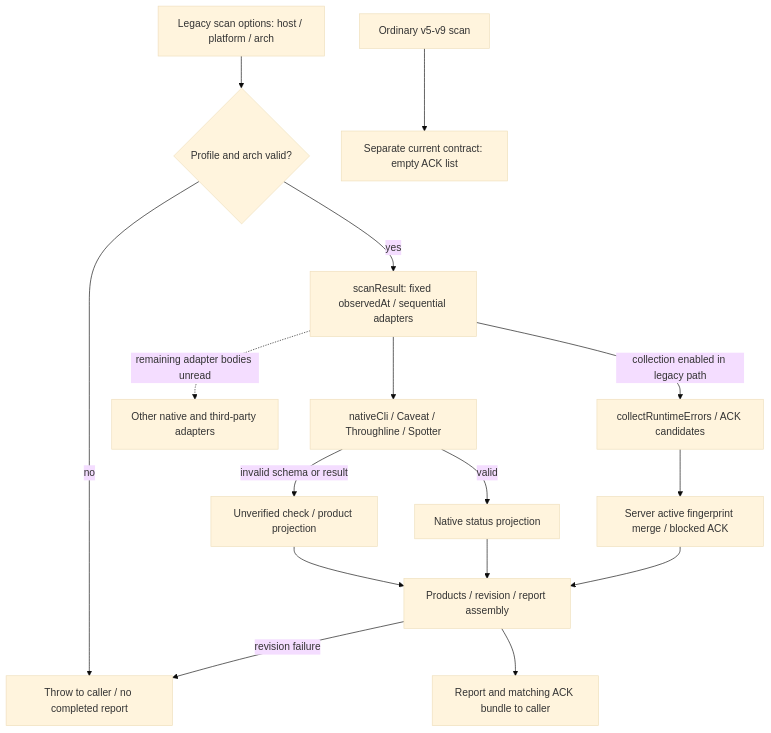
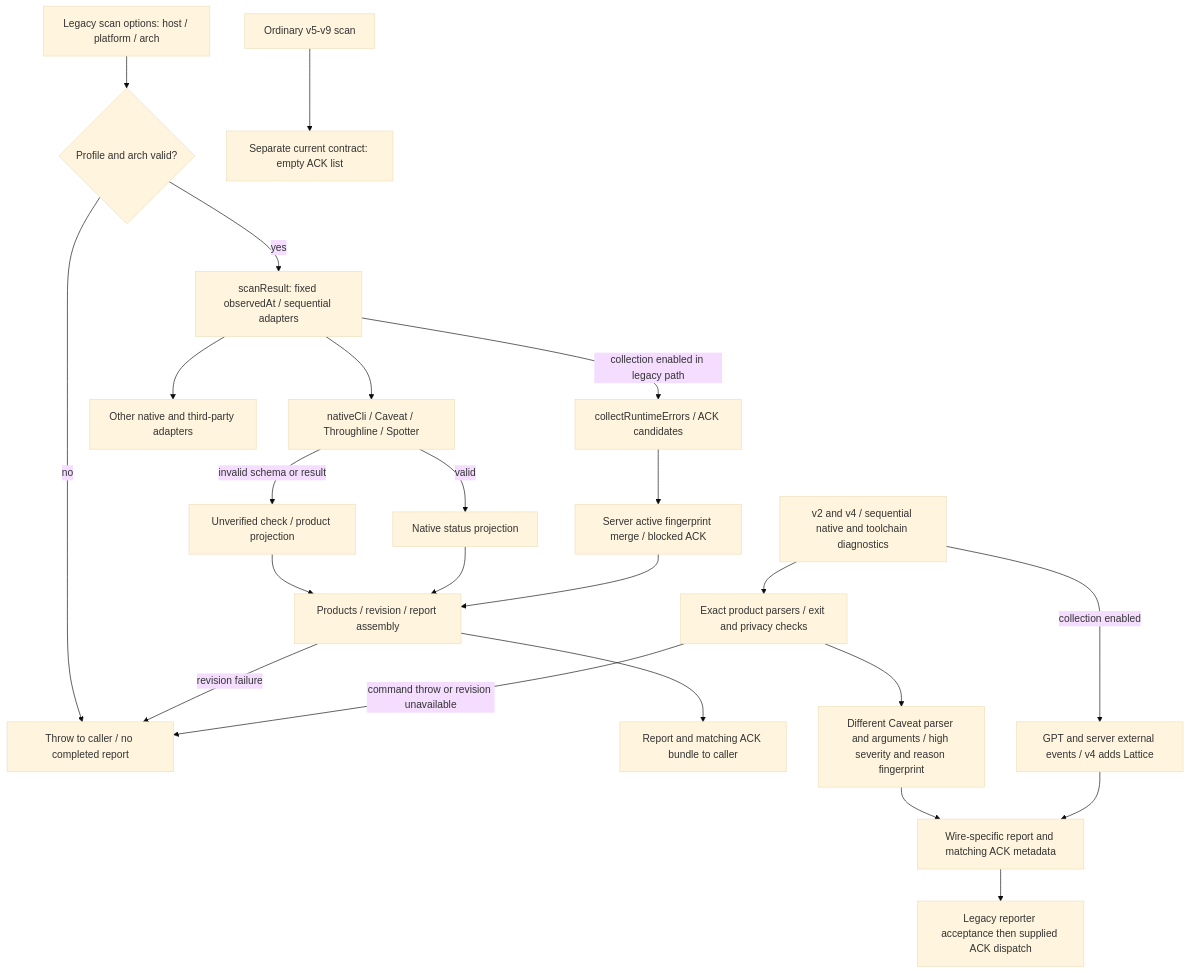
One commit to kitepon/dotagents changed the diagram in docs/feature-map/diagnostics-legacy.mmd. Above: the diagram before and after it, drawn with Mermaid (base theme). The commit also changed 10 other files, not shown here.

Commit message:
docs: map Caveat evidence state and legacy diagnostic contracts

```diff
--- a/docs/feature-map/diagnostics-legacy.mmd
+++ b/docs/feature-map/diagnostics-legacy.mmd
@@ -1,16 +1,23 @@
 flowchart TB
   input[Legacy scan options: host / platform / arch] --> guard{Profile and arch valid?}
   guard -- no --> rejected[Throw to caller / no completed report]
   guard -- yes --> scan[scanResult: fixed observedAt / sequential adapters]
   scan --> native[nativeCli / Caveat / Throughline / Spotter]
   native -- invalid schema or result --> unknown[Unverified check / product projection]
   native -- valid --> status[Native status projection]
-  scan -. remaining adapter bodies unread .-> deep[Other native and third-party adapters]
+  scan --> deep[Other native and third-party adapters]
   unknown --> compose[Products / revision / report assembly]
   status --> compose
   scan -- collection enabled in legacy path --> runtime[collectRuntimeErrors / ACK candidates]
   runtime --> merge[Server active fingerprint merge / blocked ACK]
   merge --> compose
   compose -- revision failure --> rejected
   compose --> returned[Report and matching ACK bundle to caller]
   current[Ordinary v5-v9 scan] --> empty[Separate current contract: empty ACK list]
+  v24[v2 and v4 / sequential native and toolchain diagnostics] --> parsed[Exact product parsers / exit and privacy checks]
+  parsed --> diff[Different Caveat parser and arguments / high severity and reason fingerprint]
+  diff --> oldreport[Wire-specific report and matching ACK metadata]
+  v24 -- collection enabled --> oldruntime[GPT and server external events / v4 adds Lattice]
+  oldruntime --> oldreport
+  oldreport --> transport[Legacy reporter acceptance then supplied ACK dispatch]
+  parsed -- command throw or revision unavailable --> rejected
```
